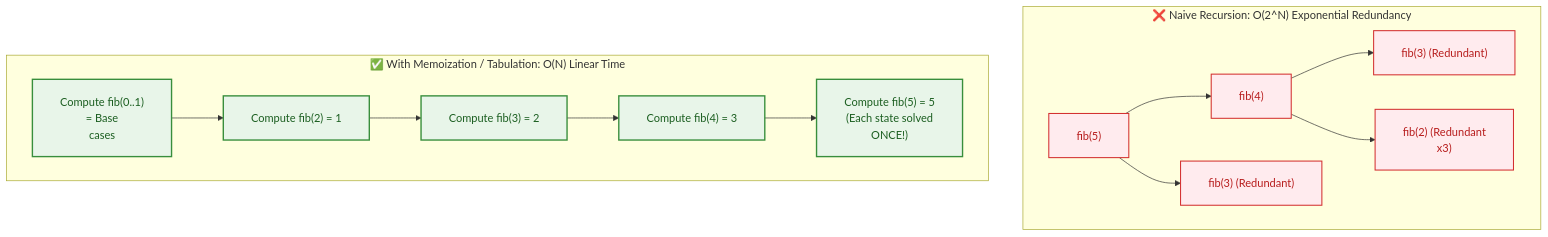
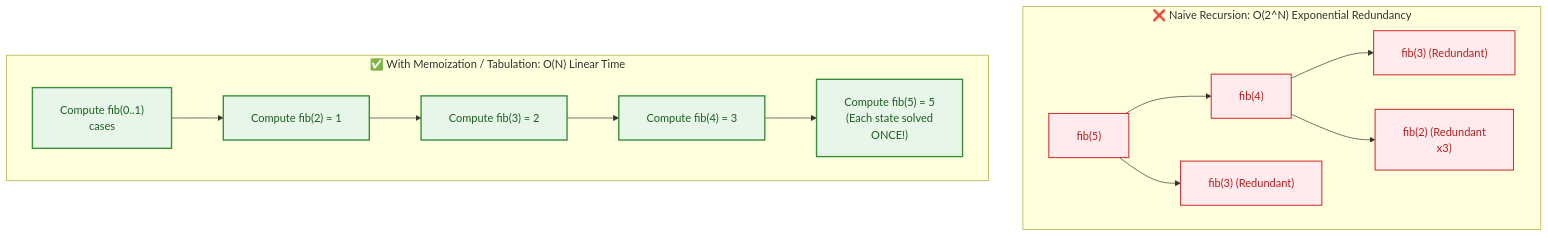
The second of 6 diagrams in week_10_dynamic_programming_i_fundamentals/Week_10_Visual_Concepts_Playbook_HYBRID.md (dip4k/DSA_102), drawn with Mermaid before and after one commit. The commit also changed other lines of this file and 147 other files, not shown here.

First line of the commit message:
feat(curriculum): enrich Weeks 01-19 instructional modules & resolve repository-wide Mermaid cutoff

````diff
--- a/week_10_dynamic_programming_i_fundamentals/Week_10_Visual_Concepts_Playbook_HYBRID.md
+++ b/week_10_dynamic_programming_i_fundamentals/Week_10_Visual_Concepts_Playbook_HYBRID.md
@@ -84,24 +84,24 @@
 ```mermaid
 %%{init: {"flowchart": {"htmlLabels": true, "padding": 20}, "themeCSS": "foreignObject { overflow: visible !important; }"}}%%
 flowchart TD
-    classDef naive fill:#ffebee,stroke:#d32f2f,color:#b71c1c,stroke-width:1.5px;
-    classDef memo fill:#e8f5e9,stroke:#388e3c,color:#1b5e20,stroke-width:2px;
+    classDef naive fill:#ffebee,stroke:#d32f2f,color:#b71c1c,stroke-width:1.5px
+    classDef memo fill:#e8f5e9,stroke:#388e3c,color:#1b5e20,stroke-width:2px
 
     subgraph Naive["❌ Naive Recursion: O(2^N) Exponential Redundancy"]
         F5["fib(5)"]:::naive
         F4A["fib(4)"]:::naive
         F3A["fib(3) (Redundant)"]:::naive
         F3B["fib(3) (Redundant)"]:::naive
         F2A["fib(2) (Redundant<br/>x3)"]:::naive
         F5 --> F4A & F3A
         F4A --> F3B & F2A
     end
 
     subgraph DP["✅ With Memoization / Tabulation: O(N) Linear Time"]
-        D0["Compute fib(0..1)<br/>= Base<br/>cases"]:::memo
+        D0["Compute fib(0..1)<br/&ge; Base<br/>cases"]:::memo
         D0 --> D2["Compute fib(2) = 1"]:::memo
         D2 --> D3["Compute fib(3) = 2"]:::memo
         D3 --> D4["Compute fib(4) = 3"]:::memo
         D4 --> D5["Compute fib(5) = 5<br/>(Each state solved<br/>ONCE!)"]:::memo
     end
 ```
````
